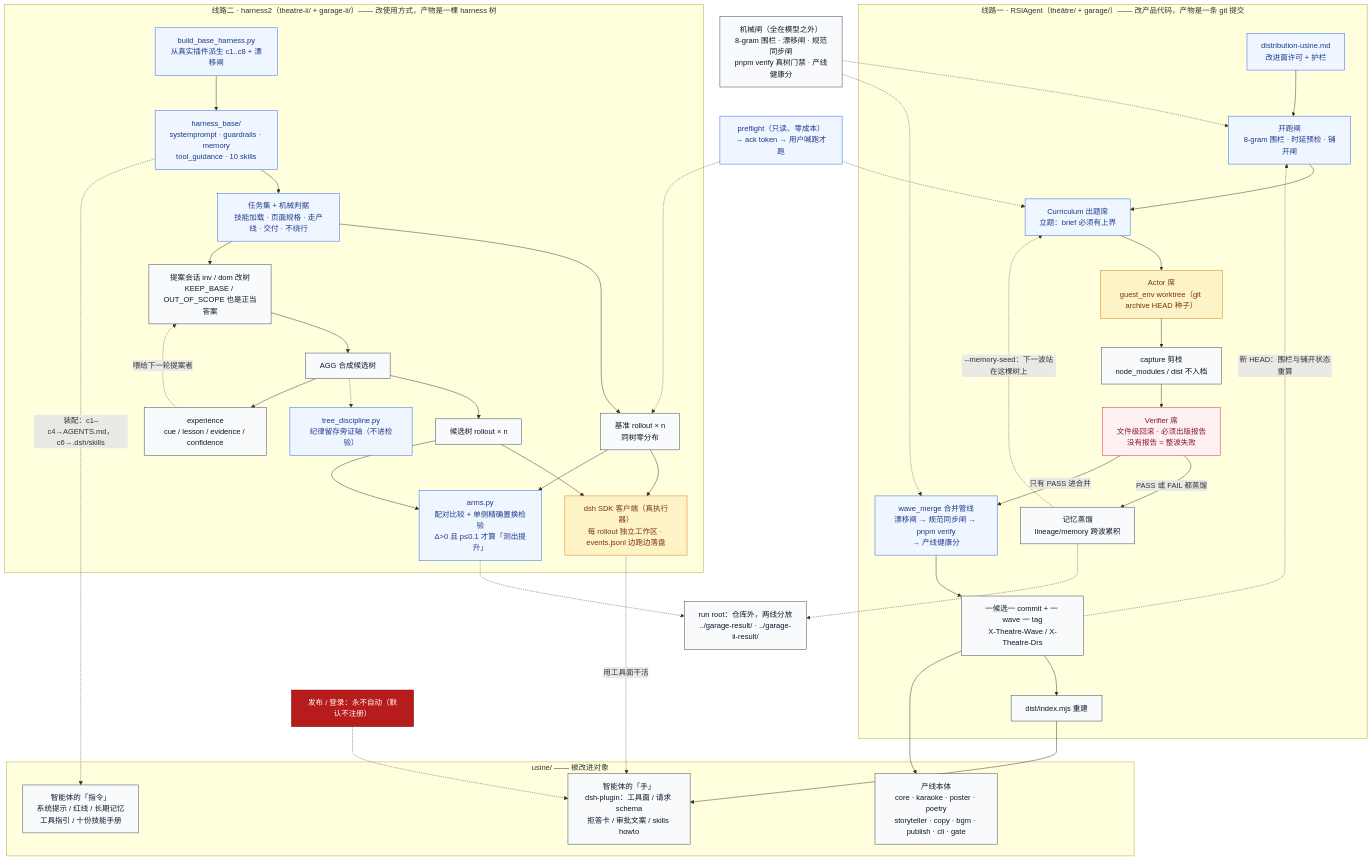
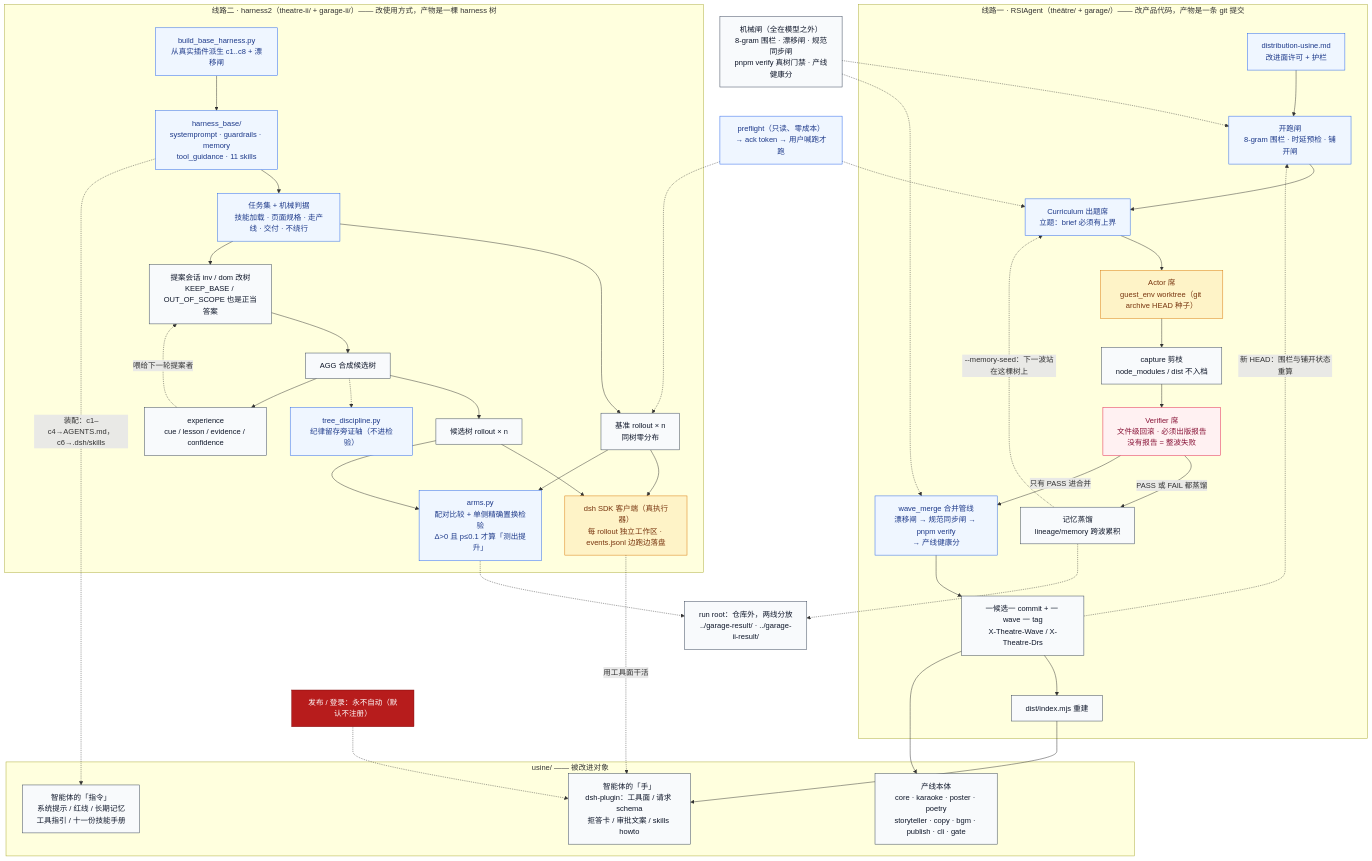
The diagram in README.md (feuyeux/explorateur), drawn with Mermaid before and after one commit. The commit also changed other lines of this file and 84 other files, not shown here.

```diff
--- a/README.md
+++ b/README.md
@@ -61,7 +64,7 @@
     %% ── 目标物：同一个智能体的两个部位 ────────────────────────────
     subgraph TARGET["usine/ —— 被改进对象"]
         HANDS["智能体的「手」<br/>dsh-plugin：工具面 / 请求 schema<br/>拒答卡 / 审批文案 / skills howto"]
-        MIND["智能体的「指令」<br/>系统提示 / 红线 / 长期记忆<br/>工具指引 / 十份技能手册"]
+        MIND["智能体的「指令」<br/>系统提示 / 红线 / 长期记忆<br/>工具指引 / 十一份技能手册"]
         CODE["产线本体<br/>core · karaoke · poster · poetry<br/>storyteller · copy · bgm · publish · cli · gate"]
     end
 
@@ -90,7 +93,7 @@
     %% ── 线路二：harness2 改使用方式 ───────────────────────────────
     subgraph L2["线路二 · harness2（theatre-ii/ + garage-ii/）—— 改使用方式，产物是一棵 harness 树"]
         BH2["build_base_harness.py<br/>从真实插件派生 c1..c8 + 漂移闸"]
-        BT2["harness_base/<br/>systemprompt · guardrails · memory<br/>tool_guidance · 10 skills"]
+        BT2["harness_base/<br/>systemprompt · guardrails · memory<br/>tool_guidance · 11 skills"]
         TK2["任务集 + 机械判据<br/>技能加载 · 页面规格 · 走产线 · 交付 · 不绕行"]
         EX2["dsh SDK 客户端（真执行器）<br/>每 rollout 独立工作区 · events.jsonl 边跑边落盘"]
         RB2["基准 rollout × n<br/>同树零分布"]
```
